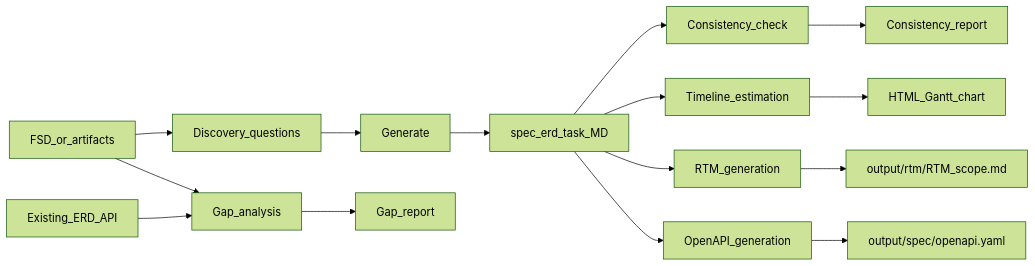
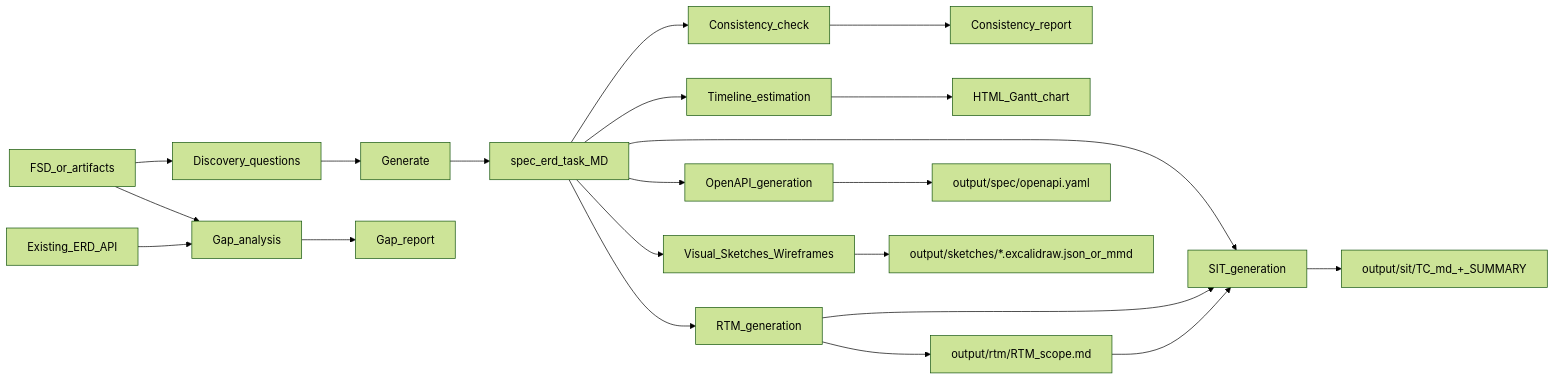
The diagram in SKILL.md (rogasper/system-analyst-skill), drawn with Mermaid (forest theme) before and after one commit. The commit also changed other lines of this file and 5 other files, not shown here.

First line of the commit message:
feat: sync v1.4.0 from onesist vendor — SIT + canvas sketches

````diff
--- a/SKILL.md
+++ b/SKILL.md
@@ -47,19 +52,25 @@
 ```mermaid
 flowchart LR
   FSD[FSD_or_artifacts]
   FSD --> DISC[Discovery_questions]
   DISC --> GEN[Generate]
   FSD --> GAP[Gap_analysis]
   EXIST[Existing_ERD_API]
   EXIST --> GAP
   GEN --> OUT1[spec_erd_task_MD]
   GAP --> OUT2[Gap_report]
   OUT1 --> CONS[Consistency_check]
   CONS --> OUT3[Consistency_report]
   OUT1 --> TL[Timeline_estimation]
   TL --> OUT4[HTML_Gantt_chart]
   OUT1 --> RTM[RTM_generation]
   RTM --> OUT5[output/rtm/RTM_scope.md]
   OUT1 --> OAS[OpenAPI_generation]
   OAS --> OUT6[output/spec/openapi.yaml]
+  OUT1 --> SIT[SIT_generation]
+  RTM --> SIT
+  OUT5 --> SIT
+  SIT --> OUT7[output/sit/TC_md_+_SUMMARY]
+  OUT1 --> SKETCH[Visual_Sketches_Wireframes]
+  SKETCH --> OUT8[output/sketches/*.excalidraw.json_or_mmd]
 ```
````
